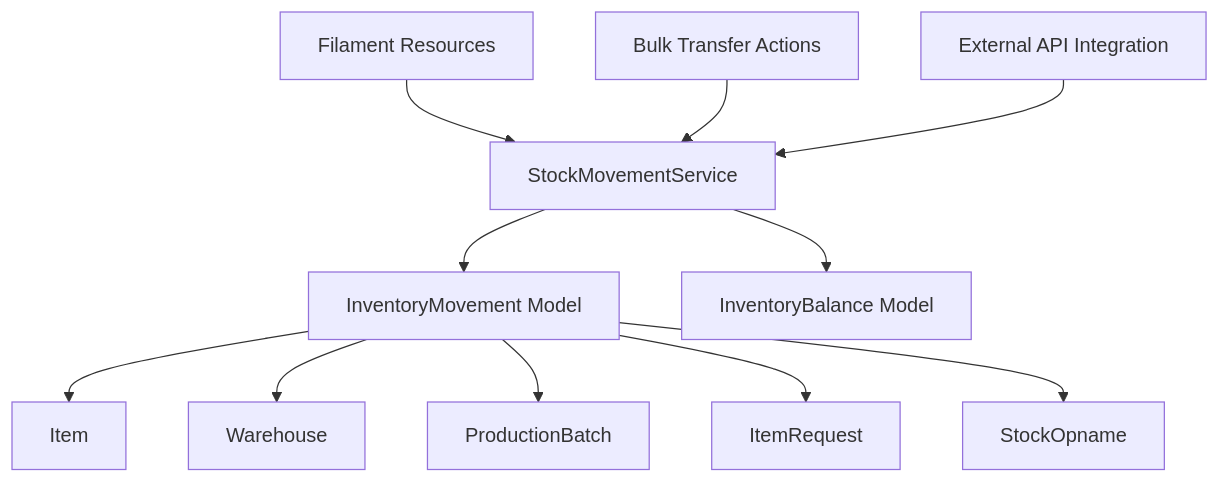
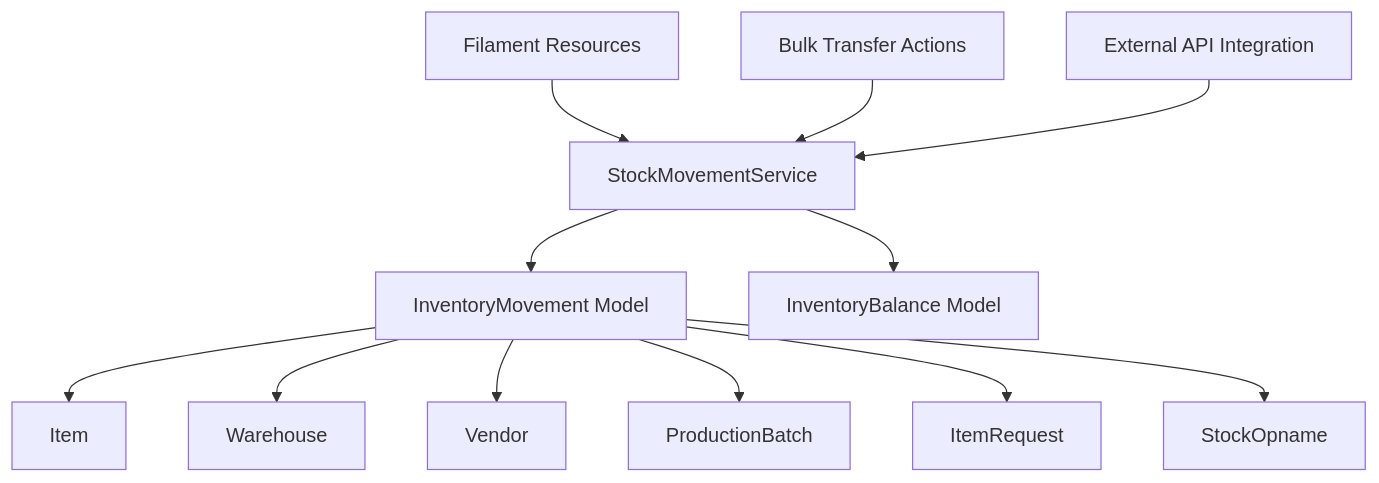
Before and after one commit to Dikksap/laravel_RsvHelmet: the first of 11 diagrams in .qoder/repowiki/en/content/Core Modules/Inventory Management/Inventory Movement Processing.md, drawn with Mermaid. The commit also changed other lines of this file and 33 other files, not shown here.

````diff
--- a/.qoder/repowiki/en/content/Core Modules/Inventory Management/Inventory Movement Processing.md
+++ b/.qoder/repowiki/en/content/Core Modules/Inventory Management/Inventory Movement Processing.md
@@ -48,13 +53,14 @@
 ```mermaid
 graph TB
 UI["Filament Resources"] --> Service["StockMovementService"]
 Service --> Movement["InventoryMovement Model"]
 Service --> Balance["InventoryBalance Model"]
 Movement --> Item["Item"]
 Movement --> Warehouse["Warehouse"]
+Movement --> Vendor["Vendor"]
 Movement --> Batch["ProductionBatch"]
 Movement --> Request["ItemRequest"]
 Movement --> Opname["StockOpname"]
 BulkActions["Bulk Transfer Actions"] --> Service
 ExternalAPI["External API Integration"] --> Service
 ```
````
